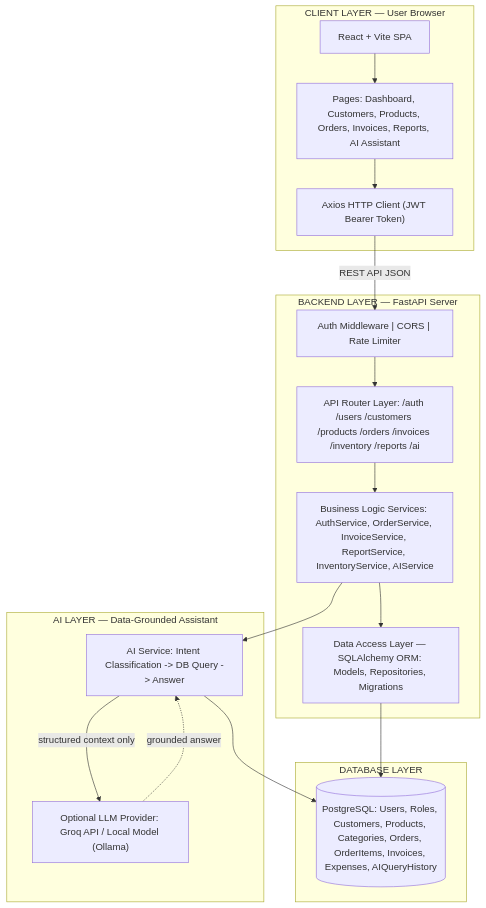
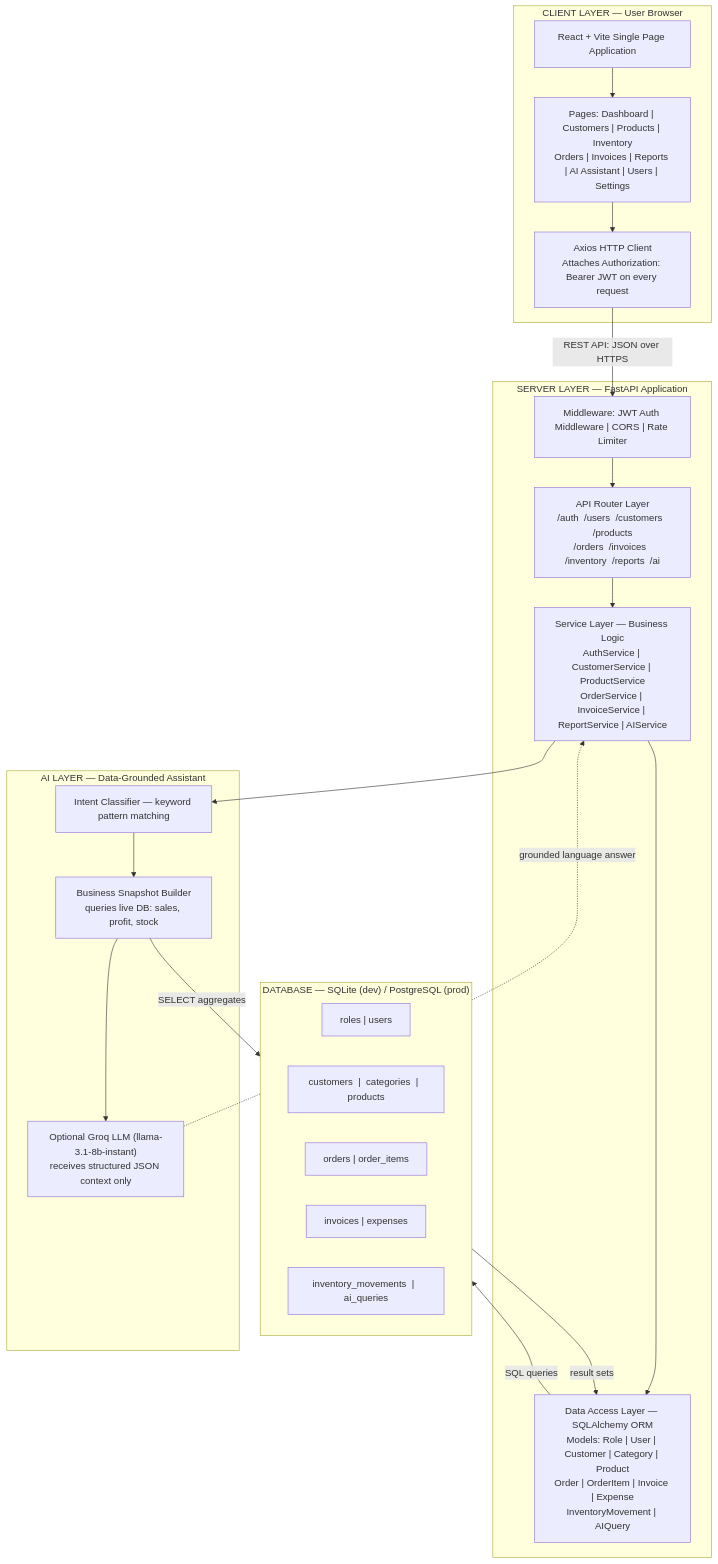
Before and after one commit to hyperS777/BizAI: the first of 12 diagrams in docs/design-diagrams/ALL-DIAGRAMS.md, drawn with Mermaid. The commit also changed other lines of this file and 22 other files, not shown here.

Commit message:
feat: add backend report service and system design diagrams

````diff
--- a/docs/design-diagrams/ALL-DIAGRAMS.md
+++ b/docs/design-diagrams/ALL-DIAGRAMS.md
@@ -13,33 +22,39 @@
 ```mermaid
-flowchart TB
-    subgraph Client["CLIENT LAYER — User Browser"]
-        Browser["React + Vite SPA"]
-        Pages["Pages: Dashboard, Customers, Products, Orders, Invoices, Reports, AI Assistant"]
-        Axios["Axios HTTP Client (JWT Bearer Token)"]
+flowchart TD
+    subgraph CLIENT["CLIENT LAYER — User Browser"]
+        UI["React + Vite Single Page Application"]
+        PAGES["Pages: Dashboard | Customers | Products | Inventory\nOrders | Invoices | Reports | AI Assistant | Users | Settings"]
+        AXIOS["Axios HTTP Client\nAttaches Authorization: Bearer JWT on every request"]
     end
 
-    subgraph Backend["BACKEND LAYER — FastAPI Server"]
-        Middleware["Auth Middleware | CORS | Rate Limiter"]
-        Router["API Router Layer: /auth /users /customers /products /orders /invoices /inventory /reports /ai"]
-        Services["Business Logic Services: AuthService, OrderService, InvoiceService, ReportService, InventoryService, AIService"]
-        ORM["Data Access Layer — SQLAlchemy ORM: Models, Repositories, Migrations"]
+    subgraph SERVER["SERVER LAYER — FastAPI Application"]
+        MW["Middleware: JWT Auth Middleware | CORS | Rate Limiter"]
+        ROUTER["API Router Layer\n/auth  /users  /customers  /products\n/orders  /invoices  /inventory  /reports  /ai"]
+        SVC["Service Layer — Business Logic\nAuthService | CustomerService | ProductService\nOrderService | InvoiceService | ReportService | AIService"]
+        ORM["Data Access Layer — SQLAlchemy ORM\nModels: Role | User | Customer | Category | Product\nOrder | OrderItem | Invoice | Expense\nInventoryMovement | AIQuery"]
     end
 
-    subgraph AI_Layer["AI LAYER — Data-Grounded Assistant"]
-        AIService["AI Service: Intent Classification -> DB Query -> Answer"]
-        LLM["Optional LLM Provider: Groq API / Local Model (Ollama)"]
+    subgraph AILAYER["AI LAYER — Data-Grounded Assistant"]
+        SNAP["Business Snapshot Builder\nqueries live DB: sales, profit, stock"]
+        INTENT["Intent Classifier — keyword pattern matching"]
+        LLM["Optional Groq LLM (llama-3.1-8b-instant)\nreceives structured JSON context only"]
     end
 
-    subgraph DB_Layer["DATABASE LAYER"]
-        DB[("PostgreSQL: Users, Roles, Customers, Products, Categories, Orders, OrderItems, Invoices, Expenses, AIQueryHistory")]
+    subgraph DBLAYER["DATABASE — SQLite (dev) / PostgreSQL (prod)"]
+        T1["roles  |  users"]
+        T2["customers  |  categories  |  products"]
+        T3["orders  |  order_items"]
+        T4["invoices  |  expenses"]
+        T5["inventory_movements  |  ai_queries"]
     end
 
-    Browser --> Pages --> Axios
-    Axios -->|REST API JSON| Middleware
-    Middleware --> Router --> Services
-    Services --> ORM --> DB
-    Services --> AIService
-    AIService -->|structured context only| LLM
-    LLM -.->|grounded answer| AIService
-    AIService --> DB
+    UI --> PAGES --> AXIOS
+    AXIOS -->|"REST API: JSON over HTTPS"| MW
+    MW --> ROUTER --> SVC --> ORM
+    ORM -->|"SQL queries"| DBLAYER
+    DBLAYER -->|"result sets"| ORM
+    SVC --> INTENT --> SNAP
+    SNAP -->|"SELECT aggregates"| DBLAYER
+    SNAP --> LLM
+    LLM -.->|"grounded language answer"| SVC
 ```
````
